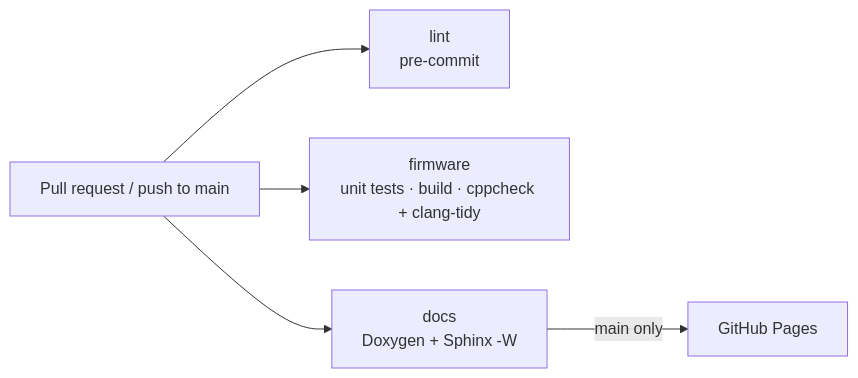
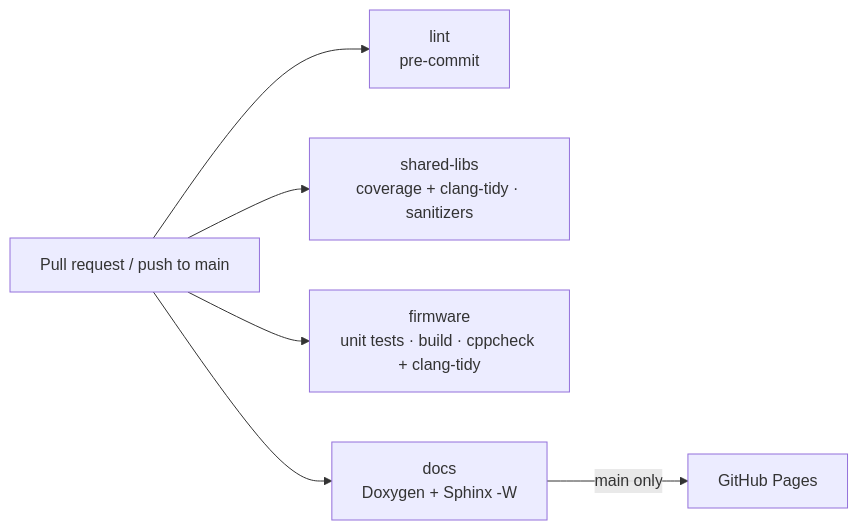
One commit to dagebg/ros2-self-balancing-robot changed the diagram in docs/source/development/ci-cd.md. Above: the diagram before and after it, drawn with Mermaid. The commit also changed other lines of this file and 11 other files, not shown here.

````diff
--- a/docs/source/development/ci-cd.md
+++ b/docs/source/development/ci-cd.md
@@ -6,7 +6,8 @@
 ```mermaid
 flowchart LR
   PR["Pull request / push to main"] --> LINT["lint<br/>pre-commit"]
+  PR --> SH["shared-libs<br/>coverage + clang-tidy · sanitizers"]
   PR --> FW["firmware<br/>unit tests · build · cppcheck + clang-tidy"]
   PR --> DOCS["docs<br/>Doxygen + Sphinx -W"]
   DOCS -- "main only" --> PAGES["GitHub Pages"]
 ```
````
